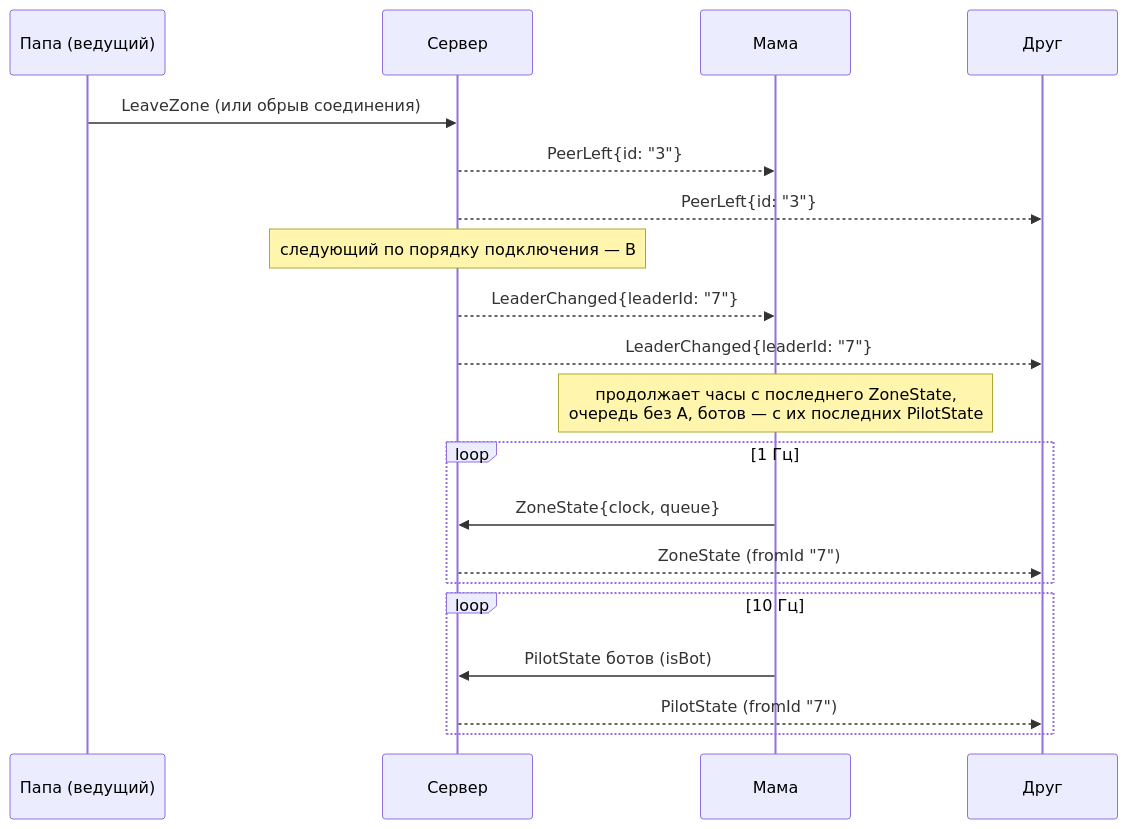
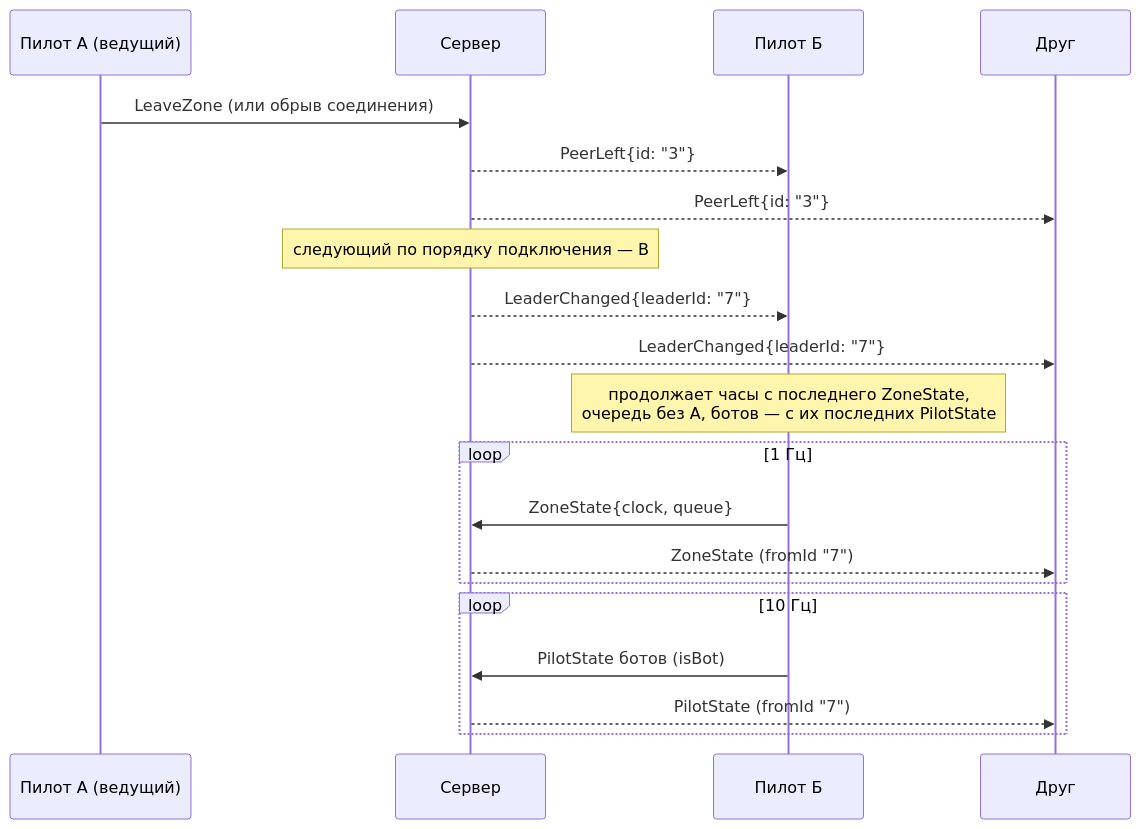
The third of 4 diagrams in docs/net_protocol.md (thegriglat/deltaplan), drawn with Mermaid before and after one commit. The commit also changed other lines of this file and 17 other files, not shown here.

First line of the commit message:
Документы: «мама/папа/родители» → «пилот(ы)» для публикации на сайте

````diff
--- a/docs/net_protocol.md
+++ b/docs/net_protocol.md
@@ -268,22 +268,22 @@
 ```mermaid
 sequenceDiagram
-    participant A as Папа (ведущий)
+    participant A as Пилот А (ведущий)
     participant S as Сервер
-    participant B as Мама
+    participant B as Пилот Б
     participant C as Друг
     A->>S: LeaveZone (или обрыв соединения)
     S-->>B: PeerLeft{id: "3"}
     S-->>C: PeerLeft{id: "3"}
     Note over S: следующий по порядку подключения — B
     S-->>B: LeaderChanged{leaderId: "7"}
     S-->>C: LeaderChanged{leaderId: "7"}
     Note over B: продолжает часы с последнего ZoneState,<br/>очередь без A, ботов — с их последних PilotState
     loop 1 Гц
         B->>S: ZoneState{clock, queue}
         S-->>C: ZoneState (fromId "7")
     end
     loop 10 Гц
         B->>S: PilotState ботов (isBot)
         S-->>C: PilotState (fromId "7")
     end
 ```
````
